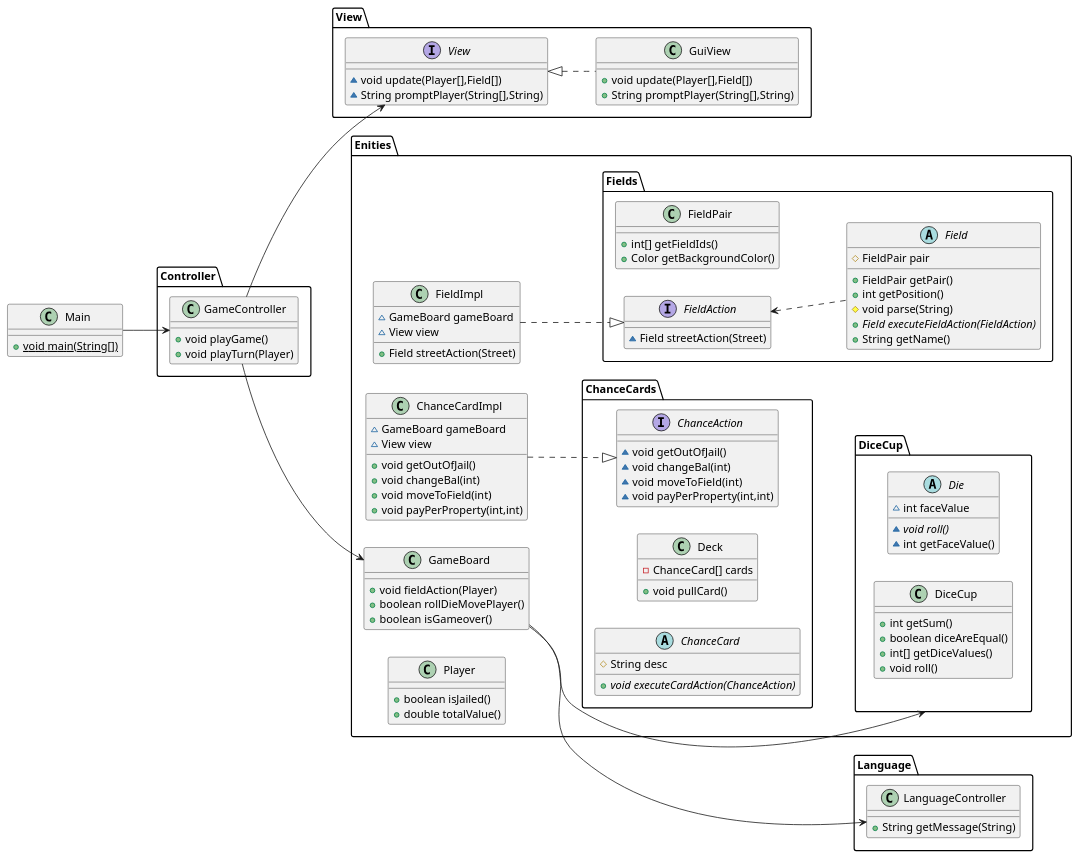
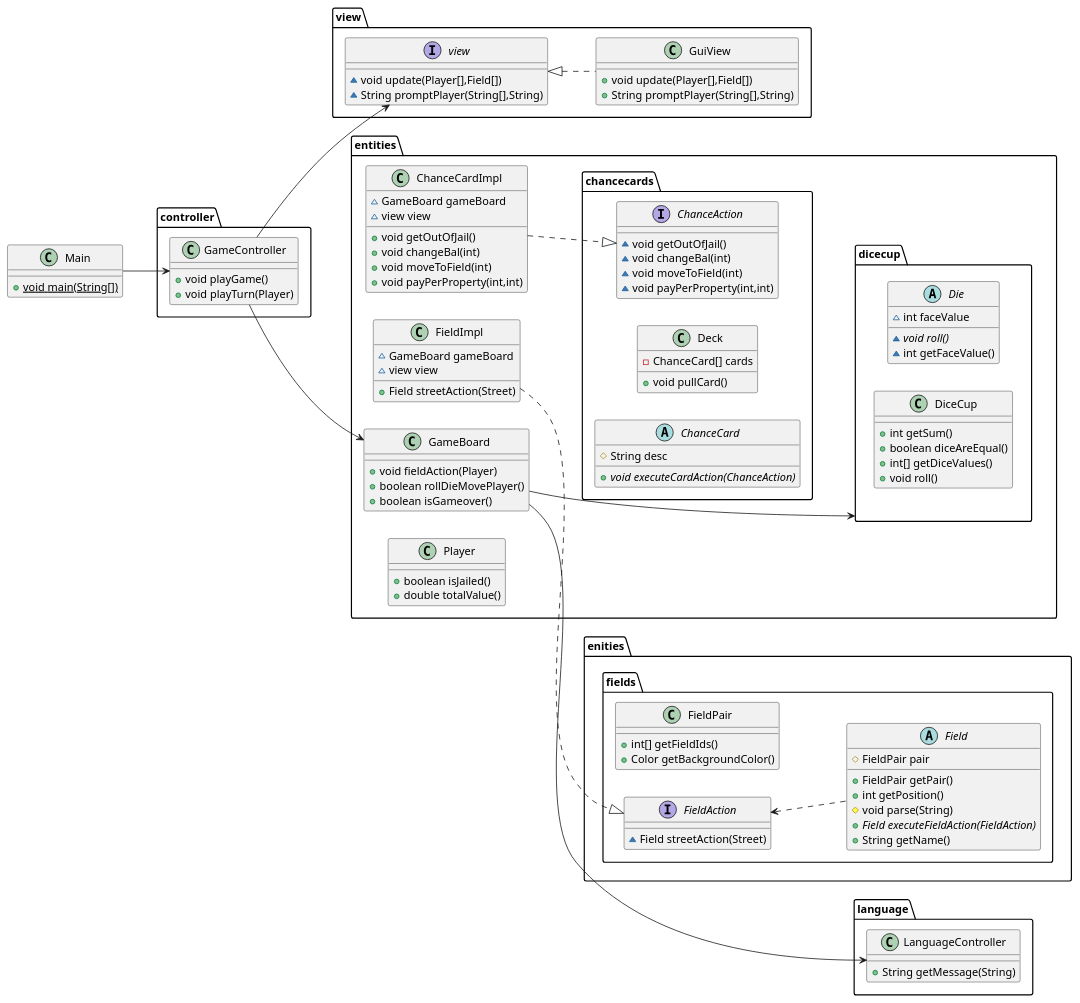
The diagram in ClassDiagram2.puml (xdTobs/_22_del3), drawn with PlantUML before and after one commit. The commit also changed 116 other files, not shown here.

```diff
--- a/ClassDiagram2.puml
+++ b/ClassDiagram2.puml
@@ -1,125 +1,125 @@
 @startuml
 left to right direction
 
-interface View.View {
+interface view.view {
 ~ void update(Player[],Field[])
 ~ String promptPlayer(String[],String)
 }
 
 
-interface Enities.ChanceCards.ChanceAction {
+interface entities.chancecards.ChanceAction {
 ~ void getOutOfJail()
 ~ void changeBal(int)
 ~ void moveToField(int)
 ~ void payPerProperty(int,int)
 }
-class Enities.GameBoard {
+class entities.GameBoard {
 + void fieldAction(Player)
 + boolean rollDieMovePlayer()
 + boolean isGameover()
 }
-class Enities.Player {
+class entities.Player {
 
 
 
 
 
 
 
 + boolean isJailed()
 + double totalValue()
 }
 
 
 
 
-class Enities.ChanceCards.Deck {
+class entities.chancecards.Deck {
 -ChanceCard[] cards
 + void pullCard()
 }
 
-class Enities.ChanceCardImpl {
+class entities.ChanceCardImpl {
 ~ GameBoard gameBoard
-~ View view
+~ view view
 + void getOutOfJail()
 + void changeBal(int)
 + void moveToField(int)
 + void payPerProperty(int,int)
 }
 
-abstract class Enities.Fields.Field {
+abstract class enities.fields.Field {
 
 
 # FieldPair pair
 + FieldPair getPair()
 + int getPosition()
 # void parse(String)
 + {abstract}Field executeFieldAction(FieldAction)
 + String getName()
 }
-class Language.LanguageController {
+class language.LanguageController {
 + String getMessage(String)
 }
-class Enities.Fields.FieldPair {
+class enities.fields.FieldPair {
 + int[] getFieldIds()
 + Color getBackgroundColor()
 }
-abstract class Enities.DiceCup.Die {
+abstract class entities.dicecup.Die {
 ~ int faceValue
 ~ {abstract}void roll()
 ~ int getFaceValue()
 }
 
 
-class Enities.DiceCup.DiceCup {
+class entities.dicecup.DiceCup {
 + int getSum()
 + boolean diceAreEqual()
 + int[] getDiceValues()
 + void roll()
 }
-class Controller.GameController {
+class controller.GameController {
 + void playGame()
 + void playTurn(Player)
 }
 
 
 
-class View.GuiView {
+class view.GuiView {
 + void update(Player[],Field[])
 + String promptPlayer(String[],String)
 }
 
 
 
-abstract class Enities.ChanceCards.ChanceCard {
+abstract class entities.chancecards.ChanceCard {
 # String desc
 + {abstract}void executeCardAction(ChanceAction)
 }
-class Enities.FieldImpl {
+class entities.FieldImpl {
 ~ GameBoard gameBoard
-~ View view
+~ view view
 + Field streetAction(Street)
 }
 class Main {
 + {static} void main(String[])
 }
 
-interface Enities.Fields.FieldAction {
+interface enities.fields.FieldAction {
 ~ Field streetAction(Street)
 }
 
 
 
 
 
-Enities.ChanceCards.ChanceAction <|.up. Enities.ChanceCardImpl
-Enities.Fields.FieldAction <|.up. Enities.FieldImpl
-View.View <|.. View.GuiView
-Controller.GameController --> View.View
-Controller.GameController --> Enities.GameBoard
-Enities.GameBoard -down-->Enities.DiceCup
-Main -->Controller.GameController
-Enities.GameBoard --->Language.LanguageController
-Enities.Fields.FieldAction<..Enities.Fields.Field
+entities.chancecards.ChanceAction <|.up. entities.ChanceCardImpl
+enities.fields.FieldAction <|.up. entities.FieldImpl
+view.view <|.. view.GuiView
+controller.GameController --> view.view
+controller.GameController --> entities.GameBoard
+entities.GameBoard -down-->entities.dicecup
+Main -->controller.GameController
+entities.GameBoard --->language.LanguageController
+enities.fields.FieldAction<..enities.fields.Field
 
 @enduml
```
